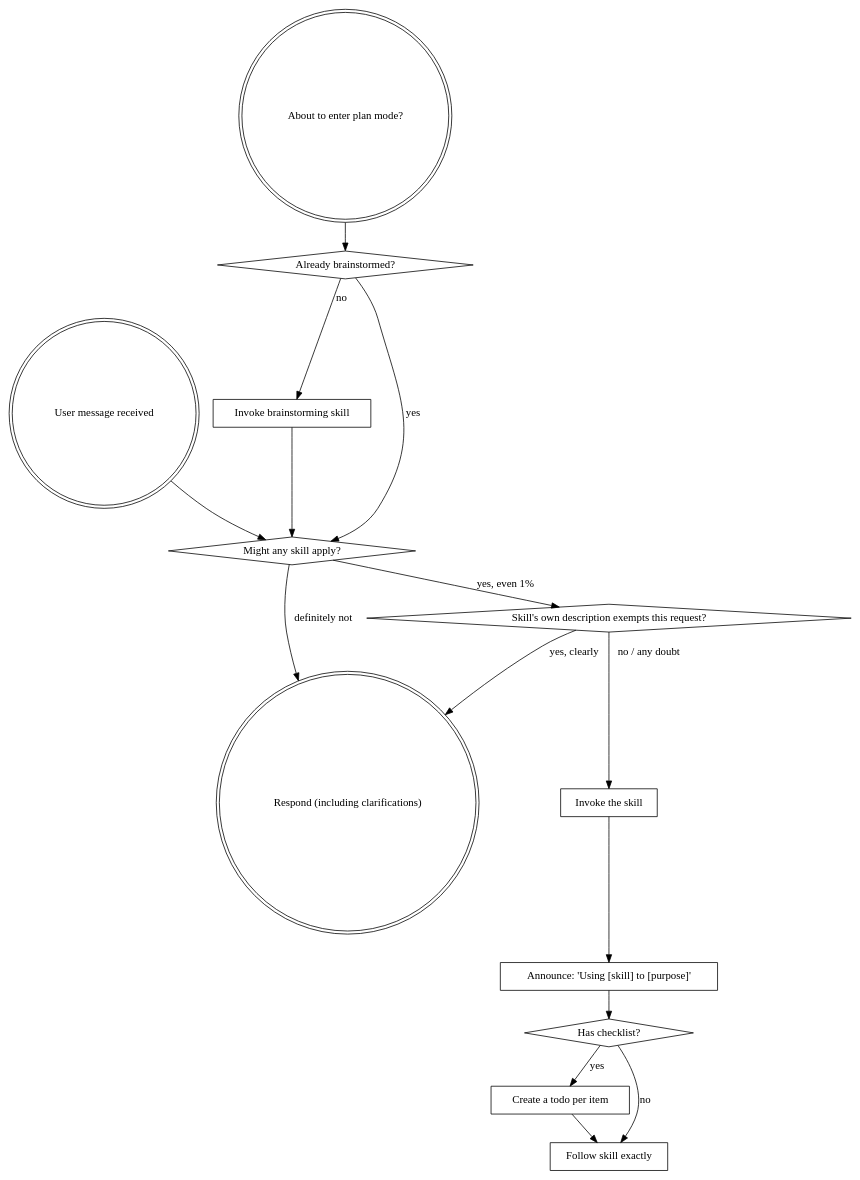
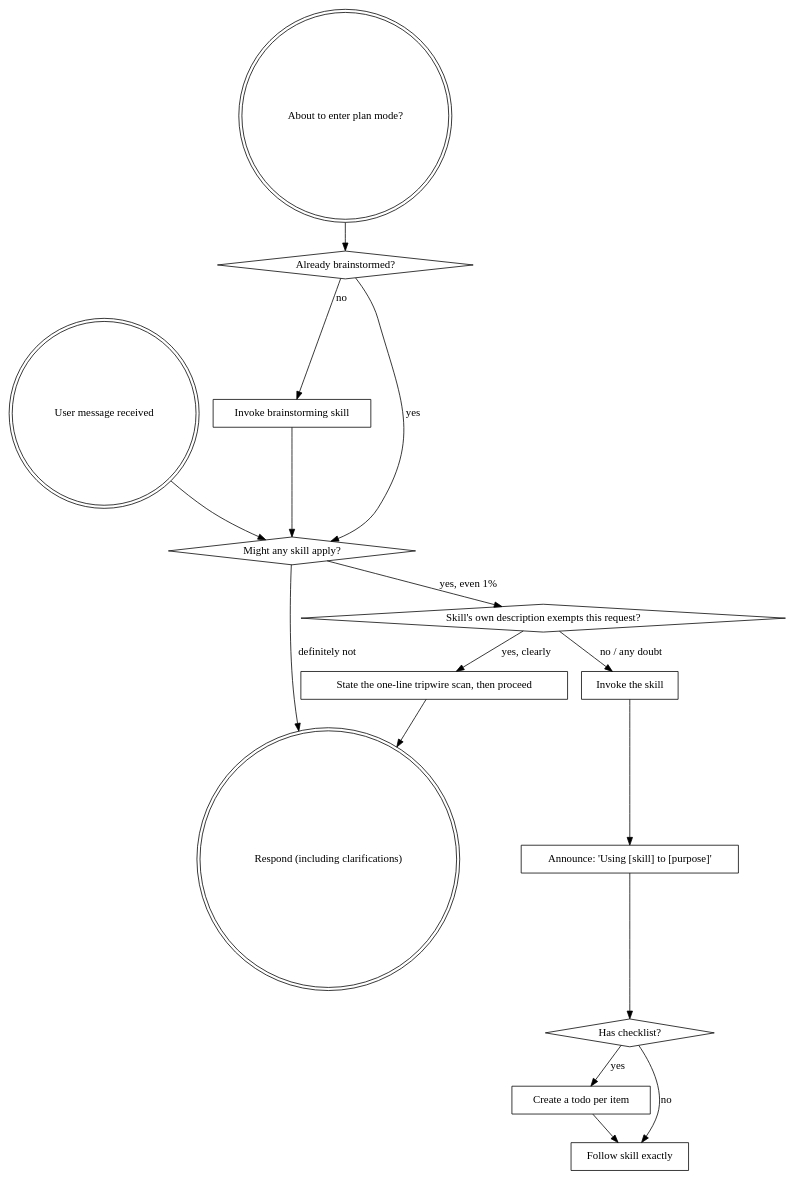
The diagram in skills/using-superpowers/SKILL.md (obra/superpowers), drawn with Graphviz before and after one commit. The commit also changed other lines of this file, not shown here.

Commit message:
refine(skills): exception skips must state their tripwire scan
Measured boundary leaks (session-timeout 1/3, remove-export 1/2 on
claude) traced to silent skips: the agent acted without consulting the
exception, and nothing made the consultation observable. The skip now
requires a stated one-line scan before the first action ("Skipping
brainstorming per its exception: no security/deletion/schema/new-file
tripwires; outcome fully specified") — externalizing the scan forces
it to happen. Flowchart routes the exempt path through the scan
statement; red-flags table counters "too trivial to scan".

The trivial path stays fast: the ceremony is one sentence, not a
design flow.

````diff
--- a/skills/using-superpowers/SKILL.md
+++ b/skills/using-superpowers/SKILL.md
@@ -54,32 +56,34 @@
 ```dot
 digraph skill_flow {
     "User message received" [shape=doublecircle];
     "About to enter plan mode?" [shape=doublecircle];
     "Already brainstormed?" [shape=diamond];
     "Invoke brainstorming skill" [shape=box];
     "Might any skill apply?" [shape=diamond];
     "Invoke the skill" [shape=box];
     "Announce: 'Using [skill] to [purpose]'" [shape=box];
     "Has checklist?" [shape=diamond];
     "Create a todo per item" [shape=box];
     "Follow skill exactly" [shape=box];
     "Respond (including clarifications)" [shape=doublecircle];
 
     "About to enter plan mode?" -> "Already brainstormed?";
     "Already brainstormed?" -> "Invoke brainstorming skill" [label="no"];
     "Already brainstormed?" -> "Might any skill apply?" [label="yes"];
     "Invoke brainstorming skill" -> "Might any skill apply?";
 
     "User message received" -> "Might any skill apply?";
     "Might any skill apply?" -> "Skill's own description exempts this request?" [label="yes, even 1%"];
     "Skill's own description exempts this request?" [shape=diamond];
     "Skill's own description exempts this request?" -> "Invoke the skill" [label="no / any doubt"];
-    "Skill's own description exempts this request?" -> "Respond (including clarifications)" [label="yes, clearly"];
+    "Skill's own description exempts this request?" -> "State the one-line tripwire scan, then proceed" [label="yes, clearly"];
+    "State the one-line tripwire scan, then proceed" [shape=box];
+    "State the one-line tripwire scan, then proceed" -> "Respond (including clarifications)";
     "Might any skill apply?" -> "Respond (including clarifications)" [label="definitely not"];
     "Invoke the skill" -> "Announce: 'Using [skill] to [purpose]'";
     "Announce: 'Using [skill] to [purpose]'" -> "Has checklist?";
     "Has checklist?" -> "Create a todo per item" [label="yes"];
     "Has checklist?" -> "Follow skill exactly" [label="no"];
     "Create a todo per item" -> "Follow skill exactly";
 }
 ```
````
